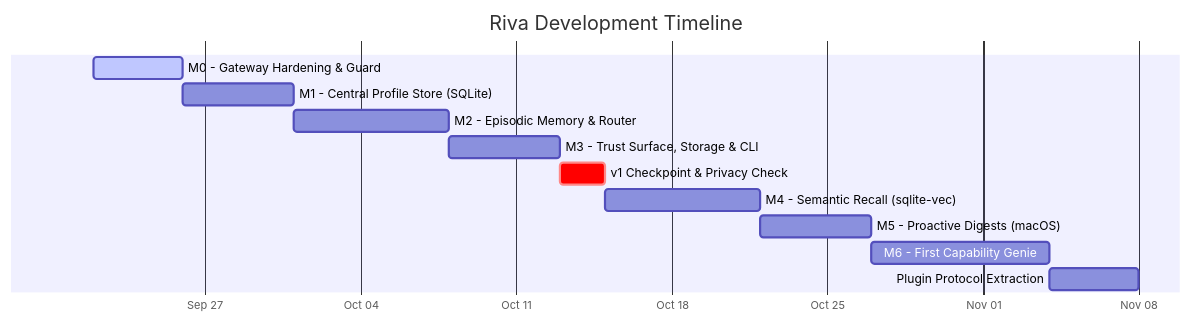
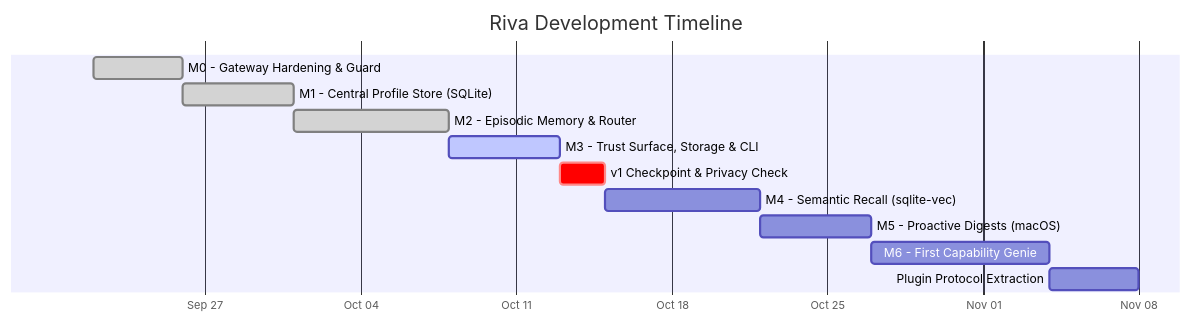
One commit to anirban-1009/riva changed the diagram in docs/development-timeline.md. Above: the diagram before and after it, drawn with Mermaid. The commit also changed other lines of this file and 2 other files, not shown here.

Commit message:
docs: update development timeline milestone statuses and refine memory config tests

````diff
--- a/docs/development-timeline.md
+++ b/docs/development-timeline.md
@@ -11,16 +11,16 @@
 ```mermaid
 gantt
   title Riva Development Timeline
   dateFormat  YYYY-MM-DD
   axisFormat  %b %d
 
-  M0 - Gateway Hardening & Guard              :active, m0, 2026-09-22, 4d
-  M1 - Central Profile Store (SQLite)         :m1, after m0, 5d
-  M2 - Episodic Memory & Router               :m2, after m1, 7d
-  M3 - Trust Surface, Storage & CLI           :m3, after m2, 5d
+  M0 - Gateway Hardening & Guard              :done, m0, 2026-09-22, 4d
+  M1 - Central Profile Store (SQLite)         :done, m1, after m0, 5d
+  M2 - Episodic Memory & Router               :done, m2, after m1, 7d
+  M3 - Trust Surface, Storage & CLI           :active, m3, after m2, 5d
   v1 Checkpoint & Privacy Check               :crit, v1_done, after m3, 2d
   M4 - Semantic Recall (sqlite-vec)           :m4, after v1_done, 7d
   M5 - Proactive Digests (macOS)              :m5, after m4, 5d
   M6 - First Capability Genie                 :m6, after m5, 8d
   Plugin Protocol Extraction                  :m6_proto, after m6, 4d
 ```
````
